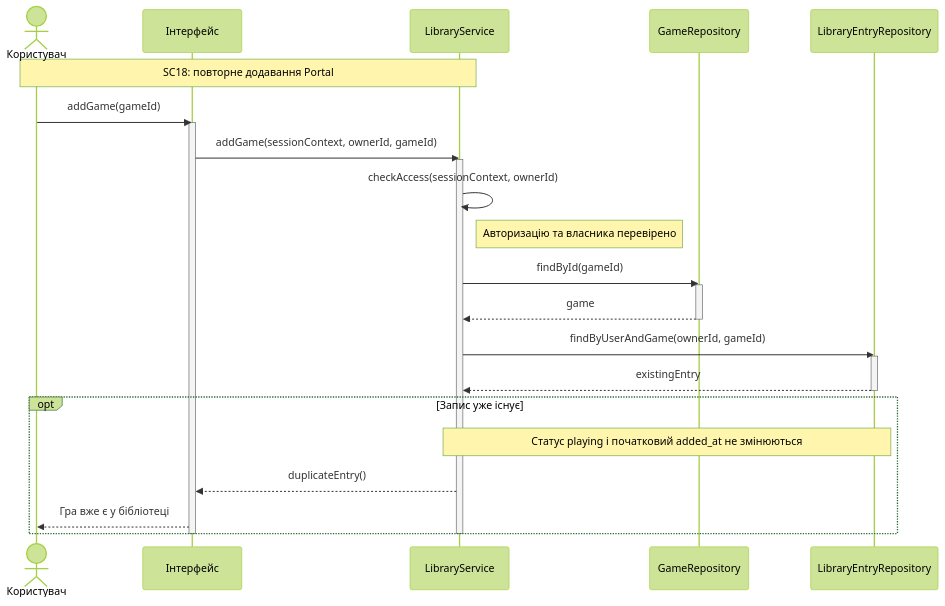
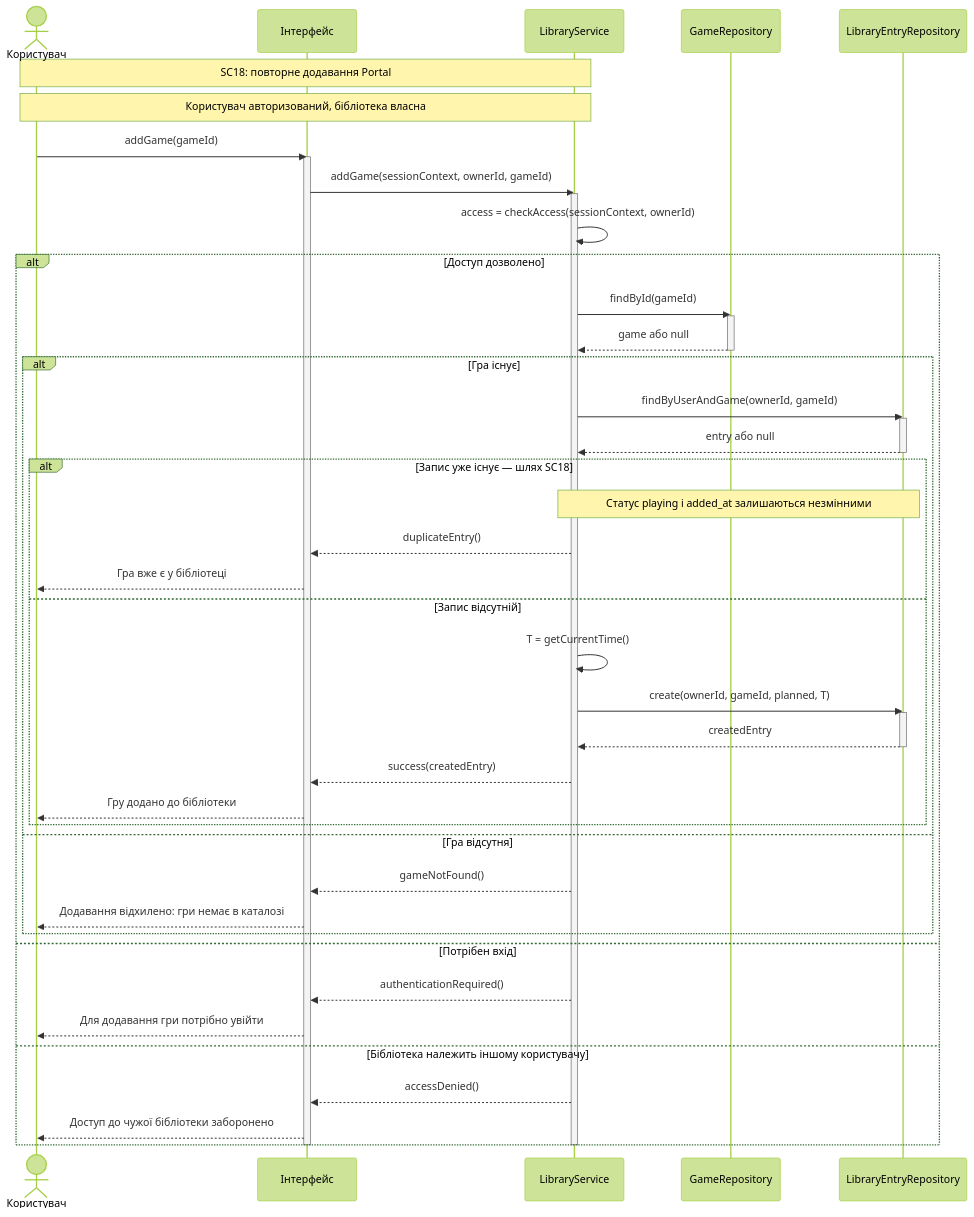
One commit to Bbg0kif/KPI changed the diagram in Lab3/sc18-duplicate-game.mmd. Above: the diagram before and after it, drawn with Mermaid (forest theme). The commit also changed 1 other file, not shown here.

```diff
--- a/Lab3/sc18-duplicate-game.mmd
+++ b/Lab3/sc18-duplicate-game.mmd
@@ -1,35 +1,60 @@
 sequenceDiagram
     actor User as Користувач
     participant UI as Інтерфейс
     participant LS as LibraryService
     participant GR as GameRepository
     participant LR as LibraryEntryRepository
 
     Note over User,LS: SC18: повторне додавання Portal
+    Note over User,LS: Користувач авторизований, бібліотека власна
 
     User->>UI: addGame(gameId)
     activate UI
     UI->>LS: addGame(sessionContext, ownerId, gameId)
     activate LS
 
-    LS->>LS: checkAccess(sessionContext, ownerId)
-    Note right of LS: Авторизацію та власника перевірено
+    LS->>LS: access = checkAccess(sessionContext, ownerId)
 
-    LS->>GR: findById(gameId)
-    activate GR
-    GR-->>LS: game
-    deactivate GR
+    alt Доступ дозволено
+        LS->>GR: findById(gameId)
+        activate GR
+        GR-->>LS: game або null
+        deactivate GR
 
-    LS->>LR: findByUserAndGame(ownerId, gameId)
-    activate LR
-    LR-->>LS: existingEntry
-    deactivate LR
+        alt Гра існує
+            LS->>LR: findByUserAndGame(ownerId, gameId)
+            activate LR
+            LR-->>LS: entry або null
+            deactivate LR
 
-    opt Запис уже існує
-        Note over LS,LR: Статус playing і початковий added_at не змінюються
-        LS-->>UI: duplicateEntry()
-        UI-->>User: Гра вже є у бібліотеці
+            alt Запис уже існує — шлях SC18
+                Note over LS,LR: Статус playing і added_at залишаються незмінними
+                LS-->>UI: duplicateEntry()
+                UI-->>User: Гра вже є у бібліотеці
+
+            else Запис відсутній
+                LS->>LS: T = getCurrentTime()
+                LS->>LR: create(ownerId, gameId, planned, T)
+                activate LR
+                LR-->>LS: createdEntry
+                deactivate LR
+                LS-->>UI: success(createdEntry)
+                UI-->>User: Гру додано до бібліотеки
+            end
+
+        else Гра відсутня
+            LS-->>UI: gameNotFound()
+            UI-->>User: Додавання відхилено: гри немає в каталозі
+        end
+
+    else Потрібен вхід
+        LS-->>UI: authenticationRequired()
+        UI-->>User: Для додавання гри потрібно увійти
+
+    else Бібліотека належить іншому користувачу
+        LS-->>UI: accessDenied()
+        UI-->>User: Доступ до чужої бібліотеки заборонено
     end
 
     deactivate LS
     deactivate UI
```
